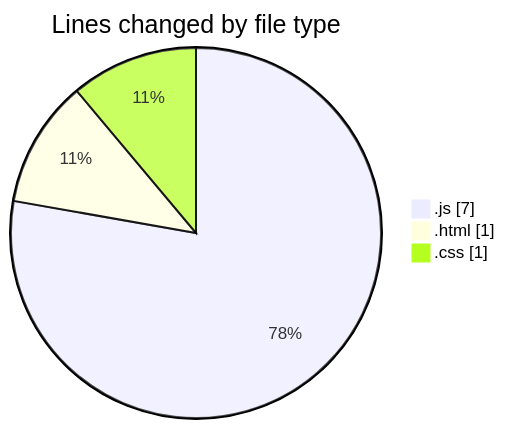
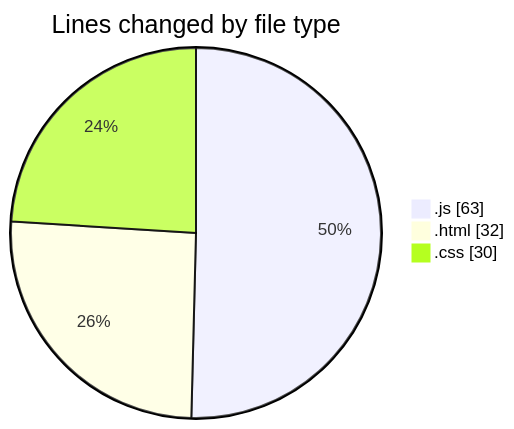
One commit to Ritupan-Deka/code-tracking changed the first of 2 diagrams in 2025-01-24/projects/README.md. Above: the diagram before and after it, drawn with Mermaid. The commit also changed other lines of this file and 1 other file, not shown here.

````diff
--- a/2025-01-24/projects/README.md
+++ b/2025-01-24/projects/README.md
@@ -28,7 +29,7 @@
 ```mermaid
 pie showData
 title Lines changed by file type
-".js" : 7
-".html" : 1
-".css" : 1
+".js" : 63
+".html" : 32
+".css" : 30
 ```
````
